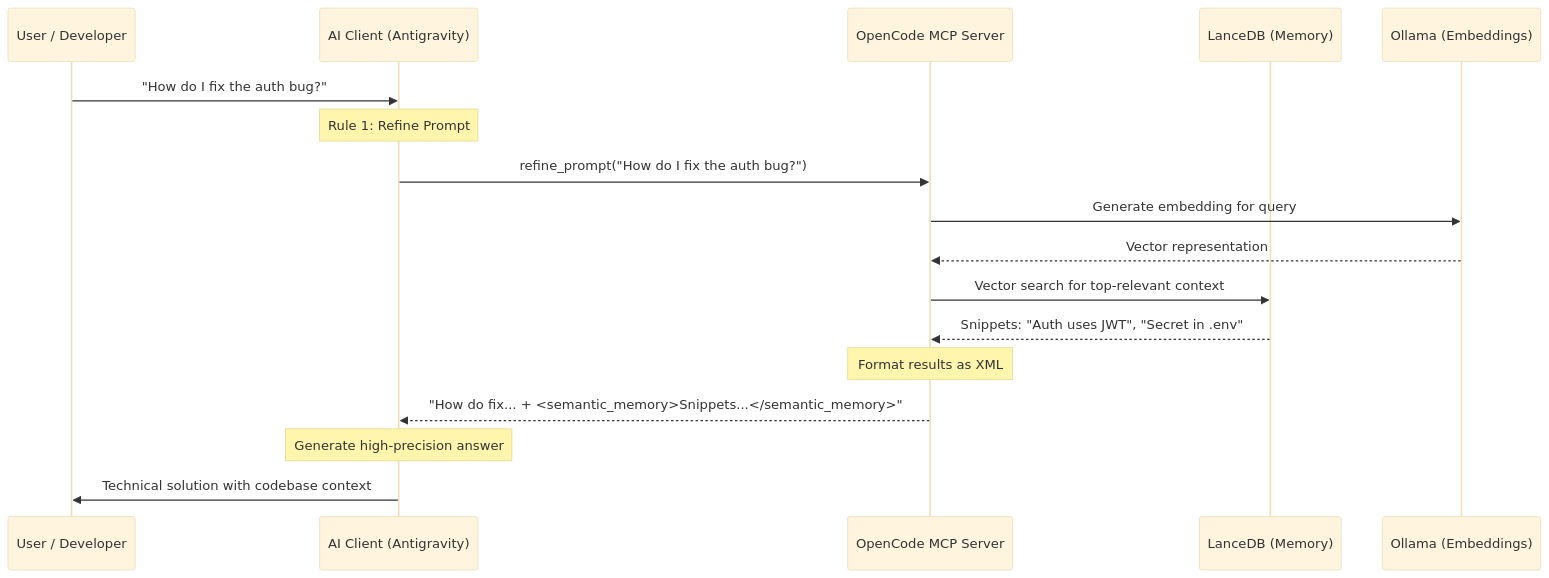
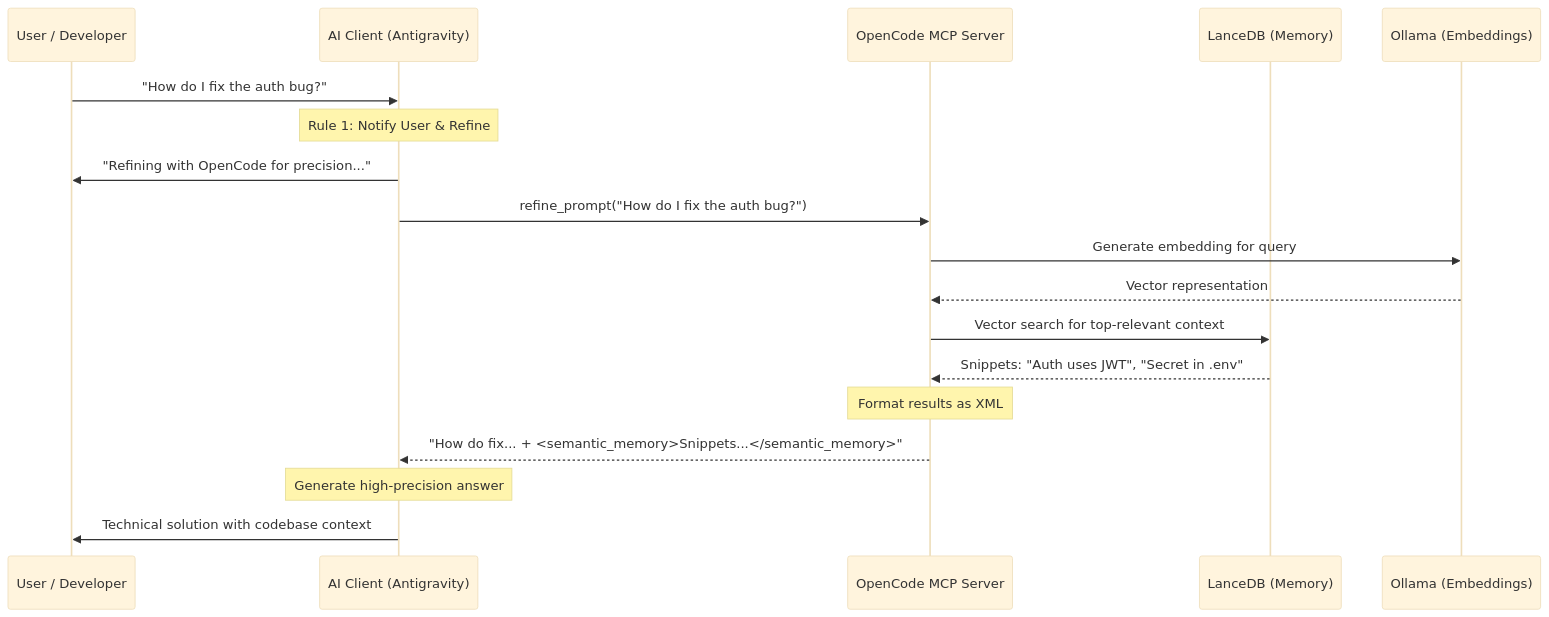
Before and after one commit to marlondivino/open-code-as-mcp: the second of 2 diagrams in README.md, drawn with Mermaid (base theme). The commit also changed other lines of this file, not shown here.

Commit message:
docs: update Antigravity rules to include user notification during prompt refinement and context enrichment

````diff
--- a/README.md
+++ b/README.md
@@ -36,24 +36,25 @@
 ```mermaid
 sequenceDiagram
     participant User as User / Developer
     participant AG as AI Client (Antigravity)
     participant OC as OpenCode MCP Server
     participant LDB as LanceDB (Memory)
     participant OLL as Ollama (Embeddings)
 
     User->>AG: "How do I fix the auth bug?"
-    Note over AG: Rule 1: Refine Prompt
+    Note over AG: Rule 1: Notify User & Refine
+    AG->>User: "Refining with OpenCode for precision..."
     AG->>OC: refine_prompt("How do I fix the auth bug?")
 
     OC->>OLL: Generate embedding for query
     OLL-->>OC: Vector representation
 
     OC->>LDB: Vector search for top-relevant context
     LDB-->>OC: Snippets: "Auth uses JWT", "Secret in .env"
 
     Note over OC: Format results as XML
     OC-->>AG: "How do fix... + <semantic_memory>Snippets...</semantic_memory>"
 
     Note over AG: Generate high-precision answer
     AG->>User: Technical solution with codebase context
 ```
````
